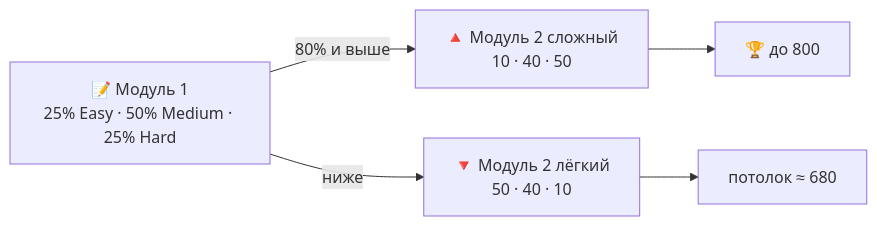
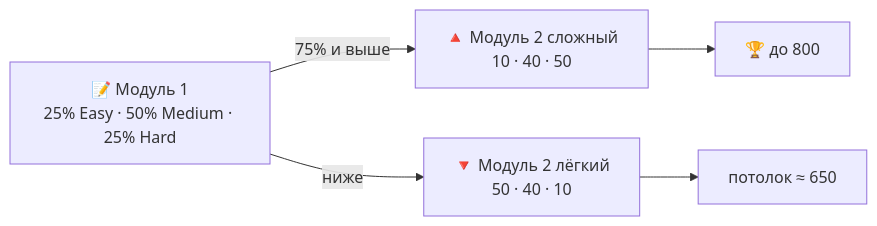
One commit to DoshiCkk/SAT-Trainer changed the second of 3 diagrams in README.md. Above: the diagram before and after it, drawn with Mermaid. The commit also changed other lines of this file and 3 other files, not shown here.

````diff
--- a/README.md
+++ b/README.md
@@ -108,7 +108,7 @@
 ```mermaid
 flowchart LR
-    M1["📝 Модуль 1<br/>25% Easy · 50% Medium · 25% Hard"] -->|"80% и выше"| H["🔺 Модуль 2 сложный<br/>10 · 40 · 50"]
+    M1["📝 Модуль 1<br/>25% Easy · 50% Medium · 25% Hard"] -->|"75% и выше"| H["🔺 Модуль 2 сложный<br/>10 · 40 · 50"]
     M1 -->|"ниже"| E["🔻 Модуль 2 лёгкий<br/>50 · 40 · 10"]
     H --> SH["🏆 до 800"]
-    E --> SE["потолок ≈ 680"]
+    E --> SE["потолок ≈ 650"]
 ```
````
